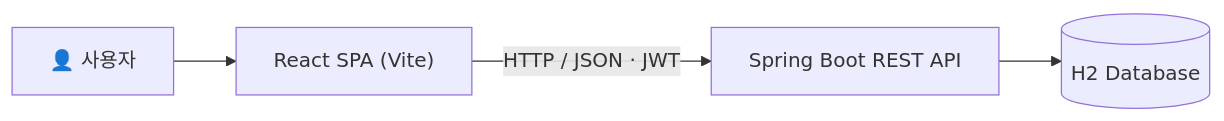
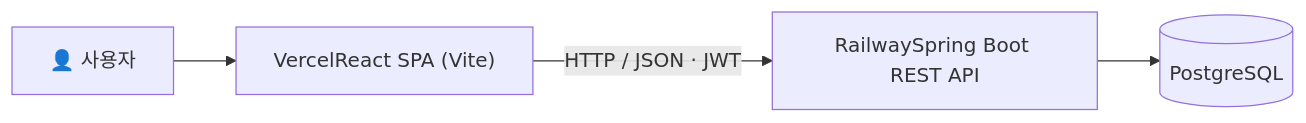
Before and after one commit to Bin-925/job-application-tracker: the first of 2 diagrams in README.md, drawn with Mermaid. The commit also changed other lines of this file, not shown here.

````diff
--- a/README.md
+++ b/README.md
@@ -76,6 +83,6 @@
 ```mermaid
 flowchart LR
-    U["👤 사용자"] --> R["React SPA (Vite)"]
-    R -->|"HTTP / JSON · JWT"| A["Spring Boot REST API"]
-    A --> DB[("H2 Database")]
+    U["👤 사용자"] --> V["VercelReact SPA (Vite)"]
+    V -->|"HTTP / JSON · JWT"| R["RailwaySpring Boot REST API"]
+    R --> DB[("PostgreSQL")]
 ```
````
